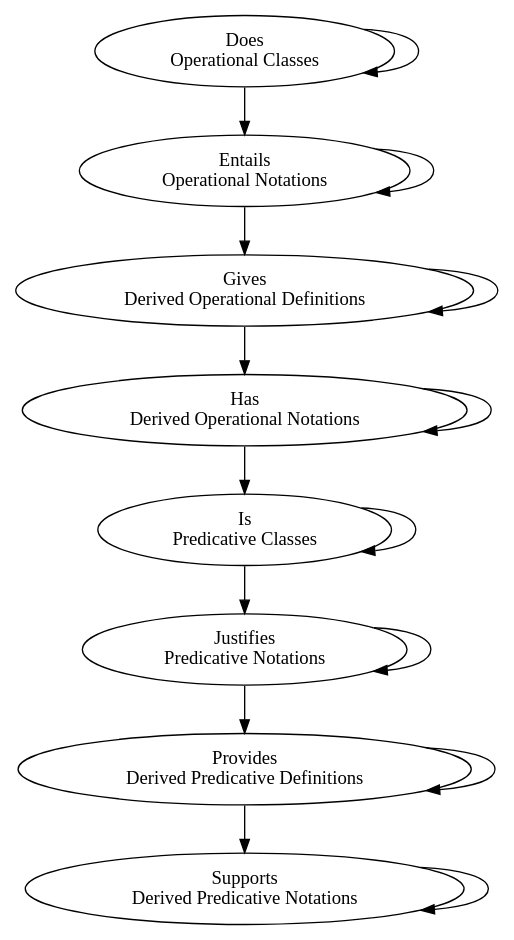
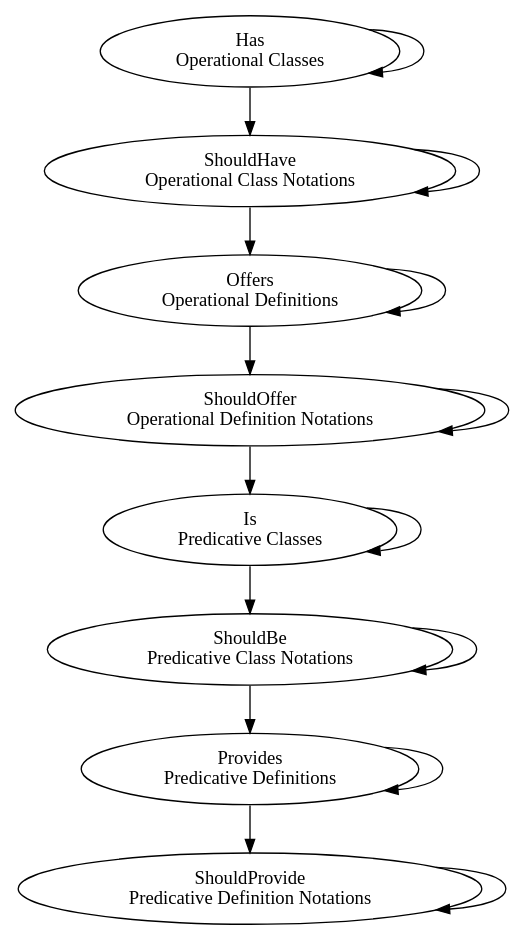
The diagram in prototype/hierarchy.dot (Tuplanolla/dez), drawn with Graphviz before and after one commit. The commit also changed 59 other files, not shown here.

```diff
--- a/prototype/hierarchy.dot
+++ b/prototype/hierarchy.dot
@@ -1,66 +1,78 @@
 digraph hierarchy {
-  // Ideally, the following list be in alphabetical order.
+  // Ideally, we would use the following alphabetical list.
 
   /*
   Does [label = "\N\nOperational Classes"]
-  Entails [label = "\N\nOperational Notations"]
-  Gives [label = "\N\nDerived Operational Definitions"]
-  Has [label = "\N\nDerived Operational Notations"]
+  Entails [label = "\N\nOperational Class Notations"]
+  Gives [label = "\N\nOperational Definitions"]
+  Has [label = "\N\nOperational Definition Notations"]
   Is [label = "\N\nPredicative Classes"]
-  Justifies [label = "\N\nPredicative Notations"]
-  Provides [label = "\N\nDerived Predicative Definitions"]
-  Supports [label = "\N\nDerived Predicative Notations"]
+  Justifies [label = "\N\nPredicative Class Notations"]
+  Provides [label = "\N\nPredicative Definitions"]
+  Supports [label = "\N\nPredicative Definition Notations"]
   */
 
-  // Less ideally, the following pairs would be in alphabetical order.
-
-  /*
-  Does [label = "\N\nOperational Classes"]
-  Is [label = "\N\nPredicative Classes"]
-
-  Entails [label = "\N\nOperational Notations"]
-  Justifies [label = "\N\nPredicative Notations"]
-
-  Gives [label = "\N\nDerived Operational Definitions"]
-  Provides [label = "\N\nDerived Predicative Definitions"]
-
-  Has [label = "\N\nDerived Operational Notations"]
-  Supports [label = "\N\nDerived Predicative Notations"]
-  */
-
-  // Currently, the assignment is the following.
+  // However, that would require giving up
+  // "has" for operational classes or "is" for predicative classes,
+  // which we do not want to do.
+  // Thus, we would rather use the following list of alphabetical pairs.
 
   /*
   Has [label = "\N\nOperational Classes"]
-  Provides [label = "\N\nDerived Operational Definitions"]
-  Supports [label = "\N\nDerived Operational Notations"]
+  a [label = "\N\nOperational Class Notations"]
+  b [label = "\N\nOperational Definitions"]
+  c [label = "\N\nOperational Definition Notations"]
   Is [label = "\N\nPredicative Classes"]
-  Justifies [label = "\N\nDerived Predicative Definitions"]
+  d [label = "\N\nPredicative Class Notations"]
+  e [label = "\N\nPredicative Definitions"]
+  f [label = "\N\nPredicative Definition Notations"]
   */
 
-  Does [label = "\N\nOperational Classes"]
-  Is [label = "\N\nPredicative Classes"]
-  Entails [label = "\N\nOperational Notations"]
-  Justifies [label = "\N\nPredicative Notations"]
-  Gives [label = "\N\nDerived Operational Definitions"]
-  Provides [label = "\N\nDerived Predicative Definitions"]
-  Has [label = "\N\nDerived Operational Notations"]
-  Supports [label = "\N\nDerived Predicative Notations"]
+  // Let us try to solve this lattice problem.
 
-  Does -> Entails
-  Entails -> Gives
-  Gives -> Has
-  Has -> Is
-  Is -> Justifies
-  Justifies -> Provides
-  Provides -> Supports
+  /*
+  constraints: H < a, a < b, b < c, I < d, d < e, e < f,
+               H < I, a < d, b < e, c < f,
+               I <> a, a <> b, b <> c, c <> d, d <> e, e <> f
+  derived: J <= a, K <= b, L <= c, K <= d, L <= e, O <= f,
+           a <= W, b <= X, c <= Y, d <= X, e <= Y, f <= Z
+  simplified: J <= a <= W, K <= b <= X, L <= c <= Y,
+              K <= d <= X, L <= e <= Y, O <= f <= Z
+  combined: J <= a <= W, a < min b d,
+            K <= b <= X, b < min c e,
+            L <= c <= Y, c < f, K <= d <= X, d < e,
+            L <= e <= Y, e < f, O <= f <= Z
+  vague: a "is like gives", b "is like implies", c "is like gives",
+         d "is like gives", e "is like implies", f "is like gives"
+  proposed: a = J(ustifies), b = M(anifests), c = O(ffers),
+            d = P(rovides), e = S(upports), f = Y(ields)
+  */
 
-  Does -> Does
-  Entails -> Entails
-  Gives -> Gives
-  Has -> Has
-  Is -> Is
-  Justifies -> Justifies
-  Provides -> Provides
-  Supports -> Supports
+  // Well, perhaps mnemonic names would work better.
+
+  OC [label = "Has\nOperational Classes"]
+  OCN [label = "ShouldHave\nOperational Class Notations"]
+  OD [label = "Offers\nOperational Definitions"]
+  ODN [label = "ShouldOffer\nOperational Definition Notations"]
+  PC [label = "Is\nPredicative Classes"]
+  PCN [label = "ShouldBe\nPredicative Class Notations"]
+  PD [label = "Provides\nPredicative Definitions"]
+  PDN [label = "ShouldProvide\nPredicative Definition Notations"]
+
+  OC -> OCN
+  OCN -> OD
+  OD -> ODN
+  ODN -> PC
+  PC -> PCN
+  PCN -> PD
+  PD -> PDN
+
+  OC -> OC
+  OCN -> OCN
+  OD -> OD
+  ODN -> ODN
+  PC -> PC
+  PCN -> PCN
+  PD -> PD
+  PDN -> PDN
 }
```
